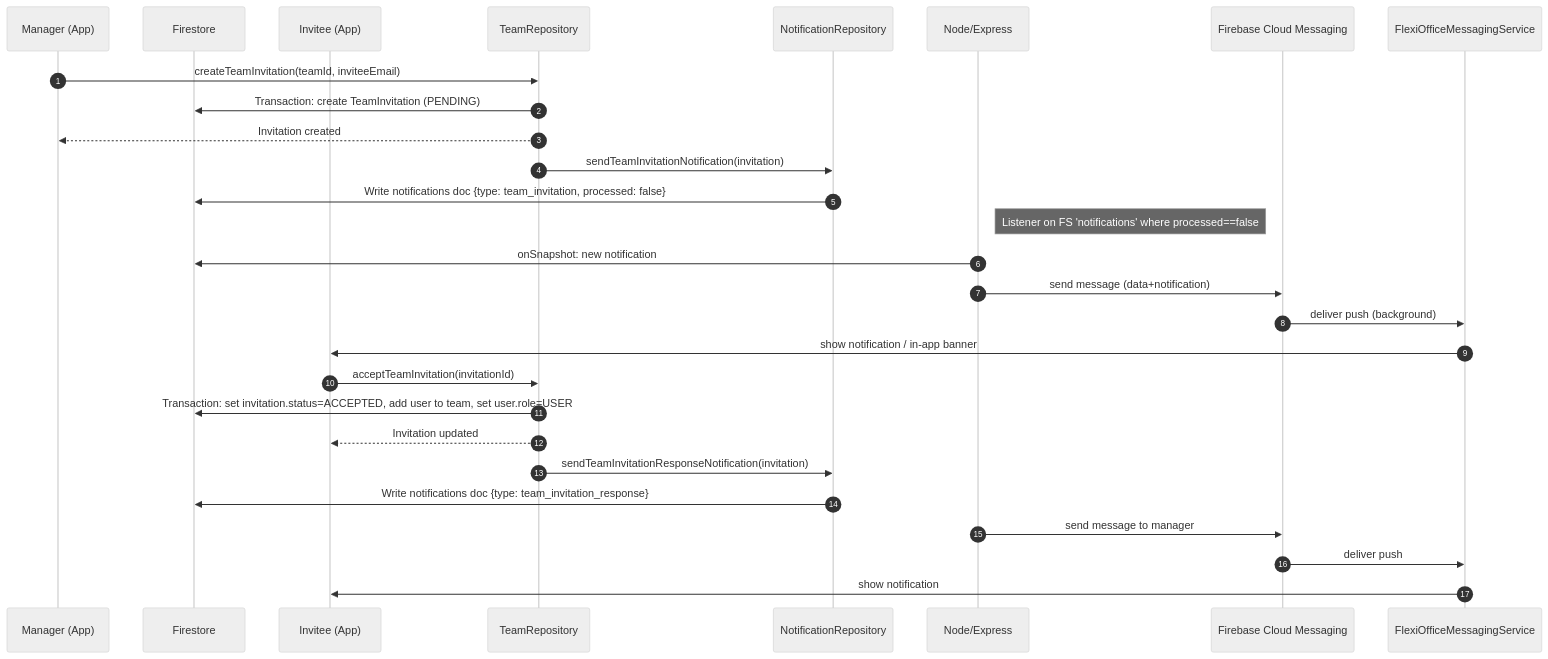
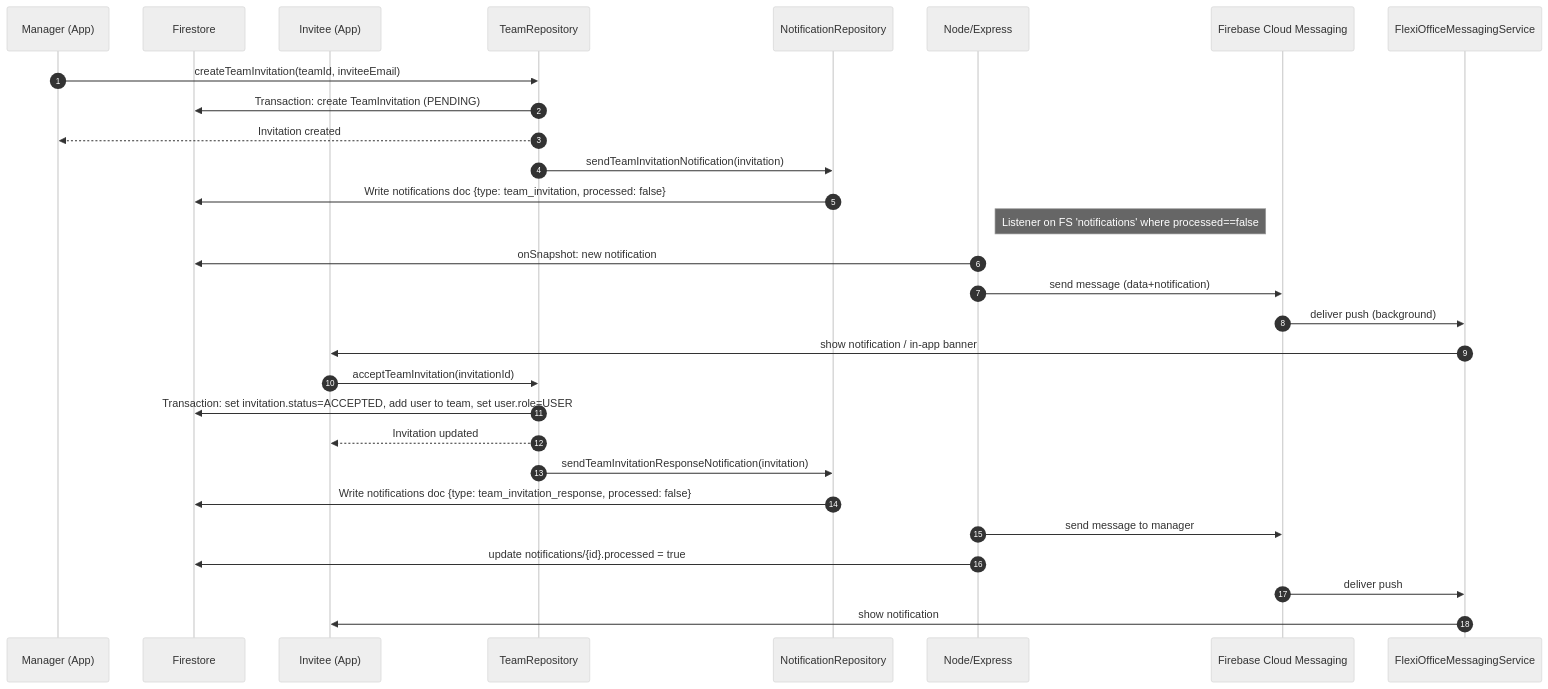
The diagram in docs/diagrams/sequence-invite-acceptance.mmd (dapopovic/FlexiOffice), drawn with Mermaid (neutral theme) before and after one commit. The commit also changed 5 other files, not shown here.

Commit message:
Update sequence diagrams to reflect changes in application flow and notification processing

```diff
--- a/docs/diagrams/sequence-invite-acceptance.mmd
+++ b/docs/diagrams/sequence-invite-acceptance.mmd
@@ -1,31 +1,32 @@
 %% Sequence: Team Invitation Acceptance
 sequenceDiagram
   autonumber
   participant Manager as Manager (App)
   participant FS as Firestore
   participant App as Invitee (App)
   participant Repo as TeamRepository
   participant NotiRepo as NotificationRepository
   participant Node as Node/Express
   participant FCM as Firebase Cloud Messaging
   participant Svc as FlexiOfficeMessagingService
 
   Manager->>Repo: createTeamInvitation(teamId, inviteeEmail)
   Repo->>FS: Transaction: create TeamInvitation (PENDING)
   Repo-->>Manager: Invitation created
   Repo->>NotiRepo: sendTeamInvitationNotification(invitation)
   NotiRepo->>FS: Write notifications doc {type: team_invitation, processed: false}
   Note right of Node: Listener on FS 'notifications' where processed==false
   Node->>FS: onSnapshot: new notification
   Node->>FCM: send message (data+notification)
   FCM->>Svc: deliver push (background)
   Svc->>App: show notification / in-app banner
 
   App->>Repo: acceptTeamInvitation(invitationId)
   Repo->>FS: Transaction: set invitation.status=ACCEPTED, add user to team, set user.role=USER
   Repo-->>App: Invitation updated
   Repo->>NotiRepo: sendTeamInvitationResponseNotification(invitation)
-  NotiRepo->>FS: Write notifications doc {type: team_invitation_response}
+  NotiRepo->>FS: Write notifications doc {type: team_invitation_response, processed: false}
   Node->>FCM: send message to manager
+  Node->>FS: update notifications/{id}.processed = true
   FCM->>Svc: deliver push
   Svc->>App: show notification
```
